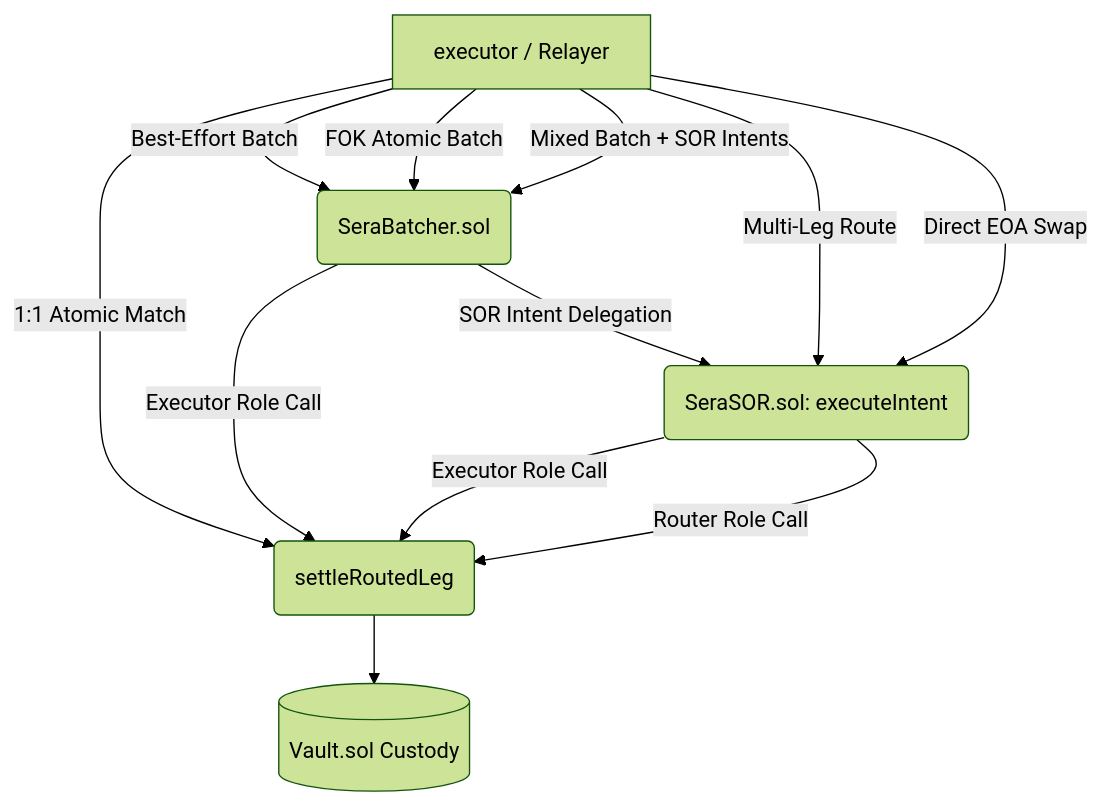
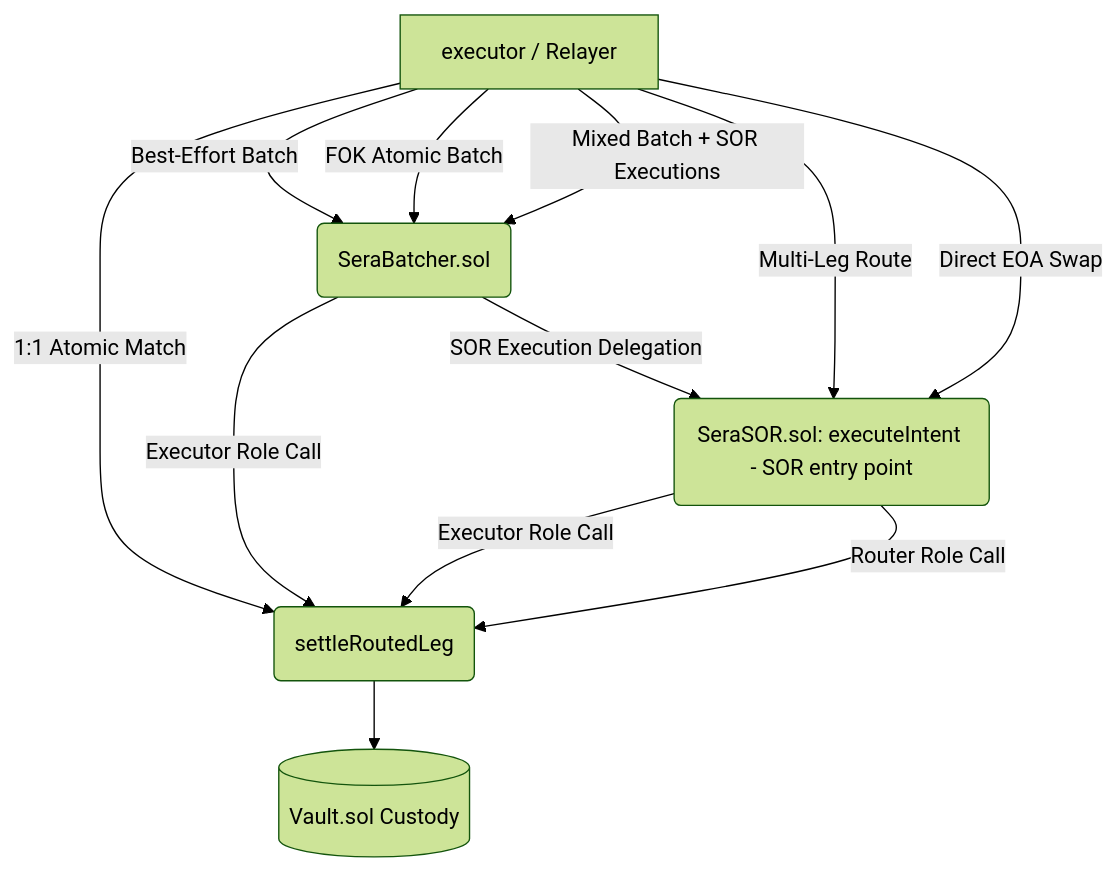
One commit to mashharuki/orderbook-contract-v2 changed the second of 2 diagrams in readme/architecture.md. Above: the diagram before and after it, drawn with Mermaid (forest theme). The commit also changed other lines of this file and 8 other files, not shown here.

Commit message:
refactor: rename intent references to SOR and remove docs irrelevant to audit

````diff
--- a/readme/architecture.md
+++ b/readme/architecture.md
@@ -31,16 +31,16 @@
 ```mermaid
 graph TD
     API[executor / Relayer] -->|1:1 Atomic Match| Sera(Sera.sol Engine)
     API -->|Best-Effort Batch| SeraBatcher(SeraBatcher.sol)
     API -->|FOK Atomic Batch| SeraBatcher
-    API -->|Mixed Batch + SOR Intents| SeraBatcher
+    API -->|Mixed Batch + SOR Executions| SeraBatcher
     API -->|Multi-Leg Route| SeraSOR(SeraSOR.sol)
-    API -->|Direct EOA Swap| SeraSOR(SeraSOR.sol: executeIntent)
+    API -->|Direct EOA Swap| SeraSOR(SeraSOR.sol: executeIntent - SOR entry point)
 
     SeraBatcher -->|Executor Role Call| Sera
-    SeraBatcher -->|SOR Intent Delegation| SeraSOR
+    SeraBatcher -->|SOR Execution Delegation| SeraSOR
     SeraSOR -->|Executor Role Call| Sera
     SeraSOR -->|Router Role Call| Sera(settleRoutedLeg)
 
     Sera --> Vault[(Vault.sol Custody)]
 ```
````
